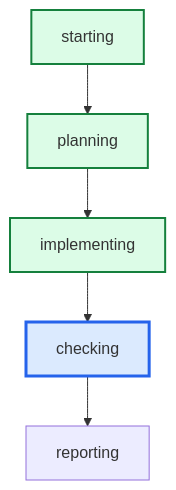
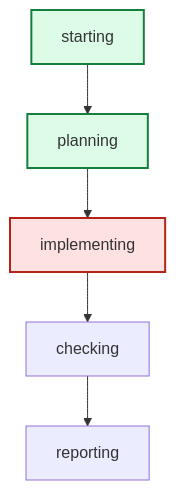
One commit to daniell0gda/hermes-feature-check-dashboard changed the diagram in latest/graph.mmd. Above: the diagram before and after it, drawn with Mermaid. The commit also changed 13 other files, not shown here.

```diff
--- a/latest/graph.mmd
+++ b/latest/graph.mmd
@@ -1,13 +1,12 @@
 graph TD
     starting --> planning
     planning --> implementing
     implementing --> checking
     checking --> reporting
 
 classDef done fill:#dcfce7,stroke:#15803d,stroke-width:2px;
 classDef active fill:#dbeafe,stroke:#2563eb,stroke-width:3px;
 classDef failed fill:#fee2e2,stroke:#b42318,stroke-width:2px;
-class implementing done;
-class checking active;
+class implementing failed;
 class starting done;
 class planning done;
```
